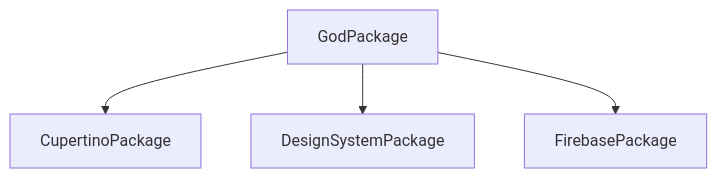
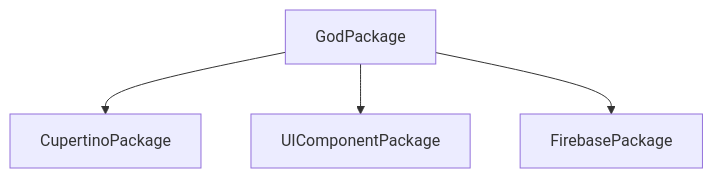
Before and after one commit to 0x1-company/god-ios: the diagram in Packages/README.md, drawn with Mermaid. The commit also changed 13 other files, not shown here.

Commit message:
Rename DesignSystem to UIComponent

````diff
--- a/Packages/README.md
+++ b/Packages/README.md
@@ -1,6 +1,6 @@
 ```mermaid
 graph TD;
     GodPackage-->CupertinoPackage;
-    GodPackage-->DesignSystemPackage;
+    GodPackage-->UIComponentPackage;
     GodPackage-->FirebasePackage;
 ```
````
